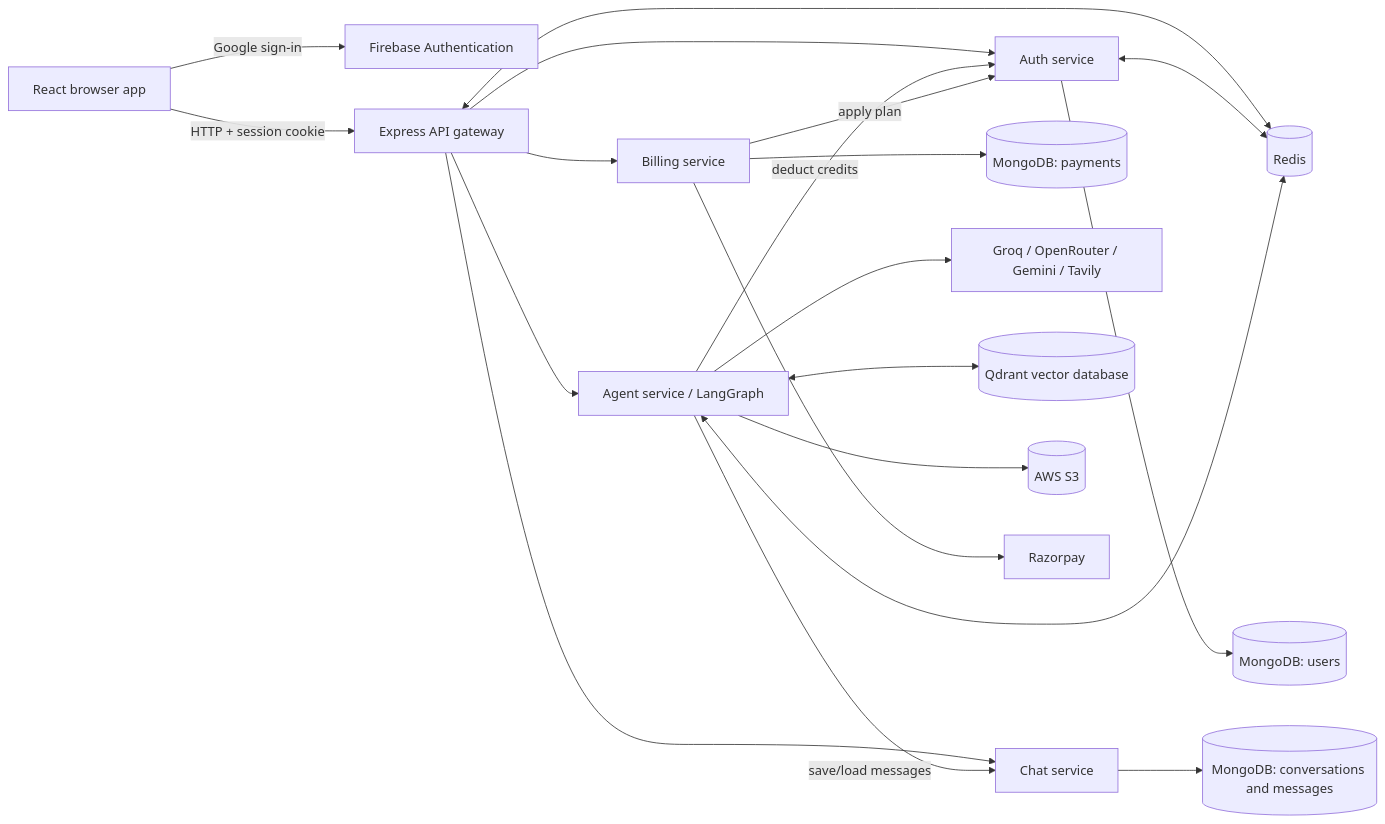
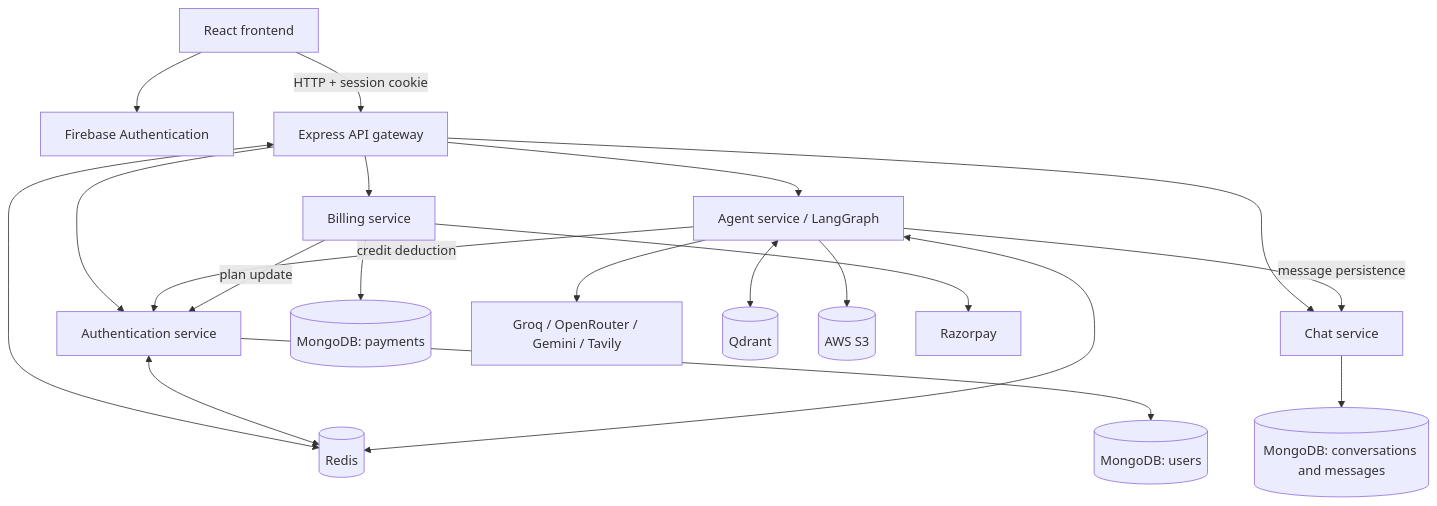
Before and after one commit to HarshithhKumar/braincell: the diagram in README.md, drawn with Mermaid. The commit also changed other lines of this file, not shown here.

````diff
--- a/README.md
+++ b/README.md
@@ -83,38 +85,38 @@
 ```mermaid
-flowchart LR
-    Browser[React browser app]
+flowchart TB
+    Browser[React frontend]
     Firebase[Firebase Authentication]
     Gateway[Express API gateway]
-    Auth[Auth service]
+    Auth[Authentication service]
     Chat[Chat service]
     Agent[Agent service / LangGraph]
     Billing[Billing service]
     Redis[(Redis)]
     MongoAuth[(MongoDB: users)]
     MongoChat[(MongoDB: conversations and messages)]
-    MongoBill[(MongoDB: payments)]
+    MongoBilling[(MongoDB: payments)]
     Providers[Groq / OpenRouter / Gemini / Tavily]
-    Qdrant[(Qdrant vector database)]
+    Qdrant[(Qdrant)]
     S3[(AWS S3)]
     Razorpay[Razorpay]
 
-    Browser -->|Google sign-in| Firebase
+    Browser --> Firebase
     Browser -->|HTTP + session cookie| Gateway
     Gateway --> Auth
     Gateway --> Chat
     Gateway --> Agent
     Gateway --> Billing
     Gateway <--> Redis
     Auth <--> Redis
     Auth --> MongoAuth
     Chat --> MongoChat
     Agent <--> Redis
-    Agent -->|save/load messages| Chat
-    Agent -->|deduct credits| Auth
+    Agent -->|message persistence| Chat
+    Agent -->|credit deduction| Auth
     Agent --> Providers
     Agent <--> Qdrant
     Agent --> S3
-    Billing --> MongoBill
+    Billing --> MongoBilling
     Billing --> Razorpay
-    Billing -->|apply plan| Auth
+    Billing -->|plan update| Auth
 ```
````
